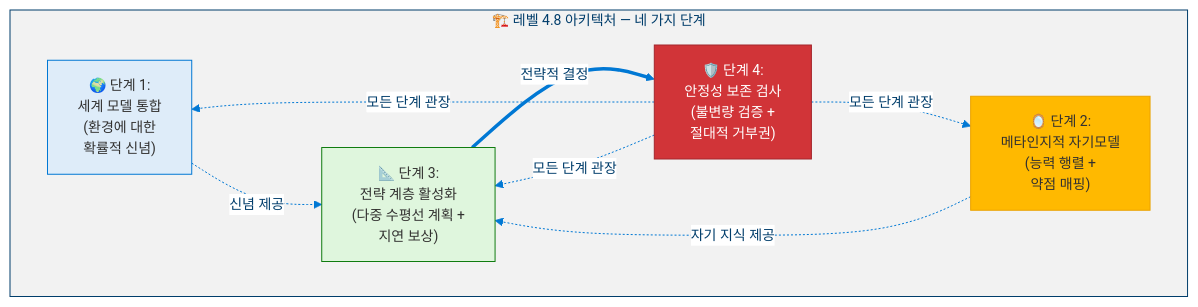
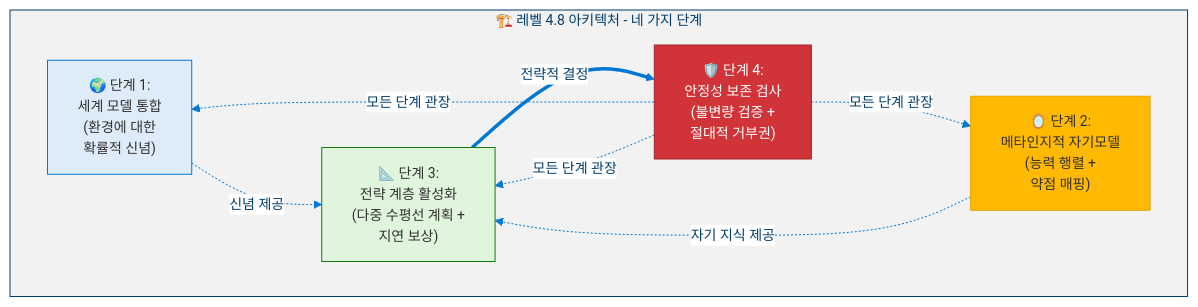
Before and after one commit to dotnetpower/mscp: the first of 17 diagrams in docs/levels/Level_4_8_Strategic_Self_Modeling.ko.md, drawn with Mermaid. The commit also changed other lines of this file and 26 other files, not shown here.

````diff
--- a/docs/levels/Level_4_8_Strategic_Self_Modeling.ko.md
+++ b/docs/levels/Level_4_8_Strategic_Self_Modeling.ko.md
@@ -55,22 +55,22 @@
 ```mermaid
 %%{init: {'theme': 'base', 'themeVariables': {'primaryColor': '#0078D4', 'primaryTextColor': '#003D6B', 'primaryBorderColor': '#003D6B', 'secondaryColor': '#50E6FF', 'secondaryTextColor': '#323130', 'secondaryBorderColor': '#00BCF2', 'tertiaryColor': '#F2F2F2', 'tertiaryTextColor': '#323130', 'lineColor': '#0078D4', 'textColor': '#323130', 'mainBkg': '#DEECF9', 'nodeBorder': '#0078D4', 'clusterBkg': '#F2F2F2', 'clusterBorder': '#003D6B', 'titleColor': '#003D6B', 'edgeLabelBackground': '#FFFFFF', 'fontSize': '14px'}}}%%
 flowchart TD
   classDef world fill:#DEECF9,stroke:#0078D4,color:#323130
   classDef self fill:#FFB900,stroke:#EAA300,color:#323130
   classDef strategic fill:#DFF6DD,stroke:#107C10,color:#323130
   classDef stability fill:#D13438,stroke:#A4262C,color:#FFF
 
-  subgraph Phases["🏗️ 레벨 4.8 아키텍처 — 네 가지 단계"]
+  subgraph Phases["🏗️ 레벨 4.8 아키텍처 - 네 가지 단계"]
     P1["🌍 단계 1:<br/>세계 모델 통합<br/>(환경에 대한<br/>확률적 신념)"]:::world
     P2["🪞 단계 2:<br/>메타인지적 자기모델<br/>(능력 행렬 +<br/>약점 매핑)"]:::self
     P3["📐 단계 3:<br/>전략 계층 활성화<br/>(다중 수평선 계획 +<br/>지연 보상)"]:::strategic
     P4["🛡️ 단계 4:<br/>안정성 보존 검사<br/>(불변량 검증 +<br/>절대적 거부권)"]:::stability
   end
 
   P1 -.->|"신념 제공"| P3
   P2 -.->|"자기 지식 제공"| P3
   P3 ==>|"전략적 결정"| P4
   P4 -.->|"모든 단계 관장"| P1
   P4 -.->|"모든 단계 관장"| P2
   P4 -.->|"모든 단계 관장"| P3
 ```
````
